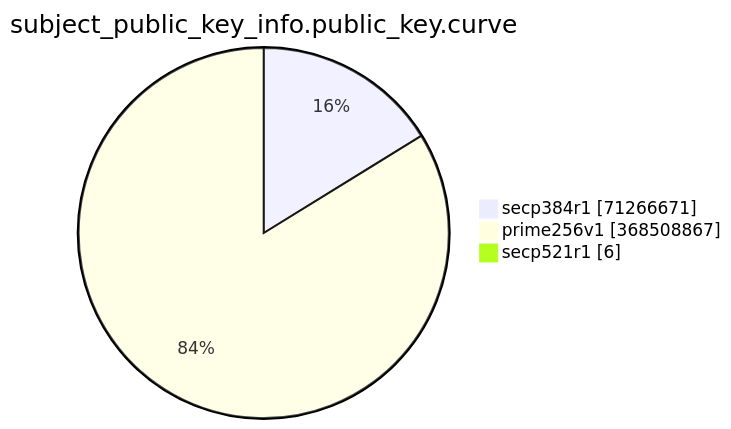
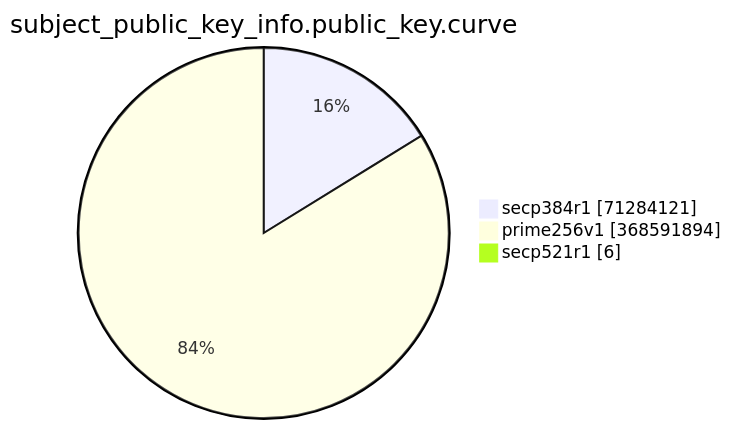
The eighth of 15 diagrams in TOTAL/README.md (christiankrug/ctmonitor_visualization), drawn with Mermaid before and after one commit. The commit also changed other lines of this file, not shown here.

````diff
--- a/TOTAL/README.md
+++ b/TOTAL/README.md
@@ -3092,7 +3092,7 @@
 ```mermaid
 pie showData
 title subject_public_key_info.public_key.curve
-"secp384r1" :71266671
-"prime256v1" :368508867
+"secp384r1" :71284121
+"prime256v1" :368591894
 "secp521r1" :6
 ```
````
